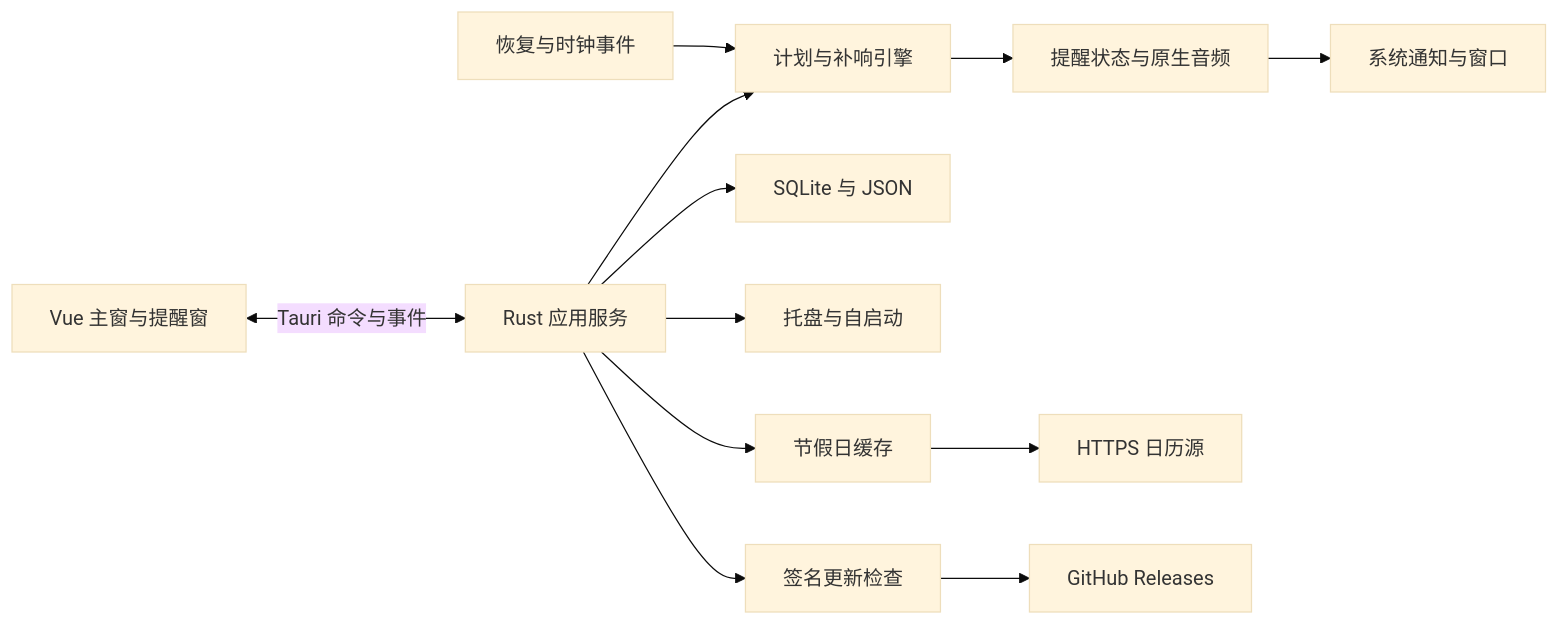
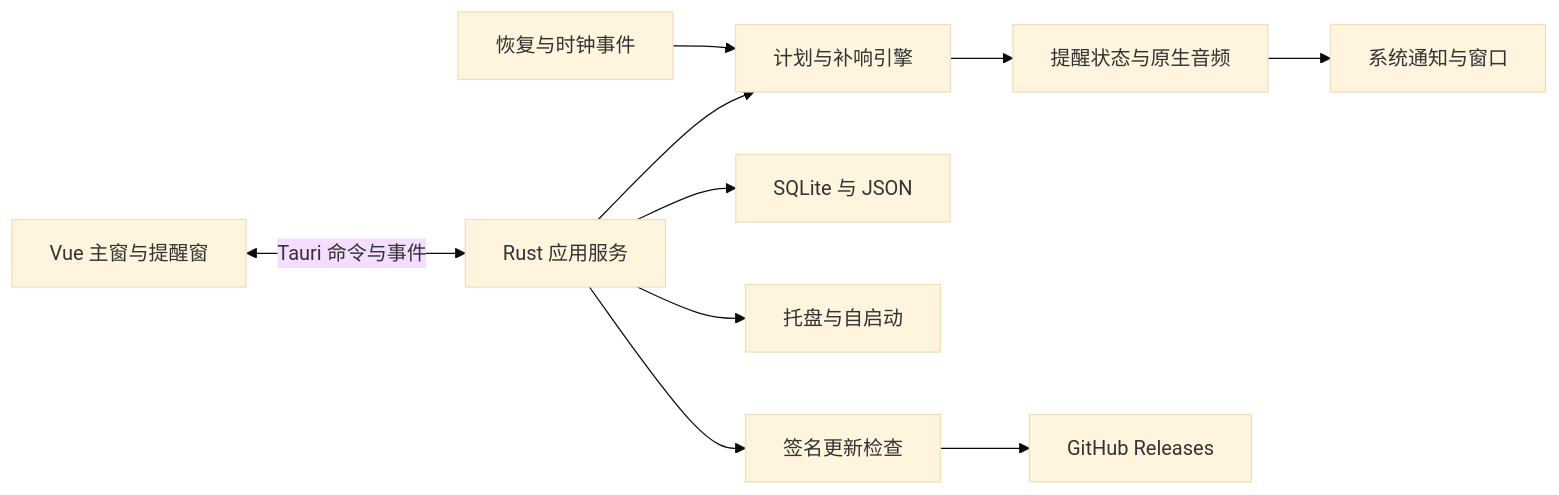
Before and after one commit to yeyongzhi/onTime: the diagram in 技术开发说明书.md, drawn with Mermaid (base theme). The commit also changed other lines of this file and 72 other files, not shown here.

````diff
--- a/技术开发说明书.md
+++ b/技术开发说明书.md
@@ -24,14 +24,12 @@
 ```mermaid
 flowchart LR
   UI[Vue 主窗与提醒窗] <-->|Tauri 命令与事件| CORE[Rust 应用服务]
   CORE --> SCH[计划与补响引擎]
   CORE --> DB[SQLite 与 JSON]
   SCH --> ALERT[提醒状态与原生音频]
   ALERT --> OS[系统通知与窗口]
   POWER[恢复与时钟事件] --> SCH
   CORE --> TRAY[托盘与自启动]
-  CORE --> CAL[节假日缓存]
-  CAL --> NET[HTTPS 日历源]
   CORE --> UPD[签名更新检查]
   UPD --> GH[GitHub Releases]
 ```
````
